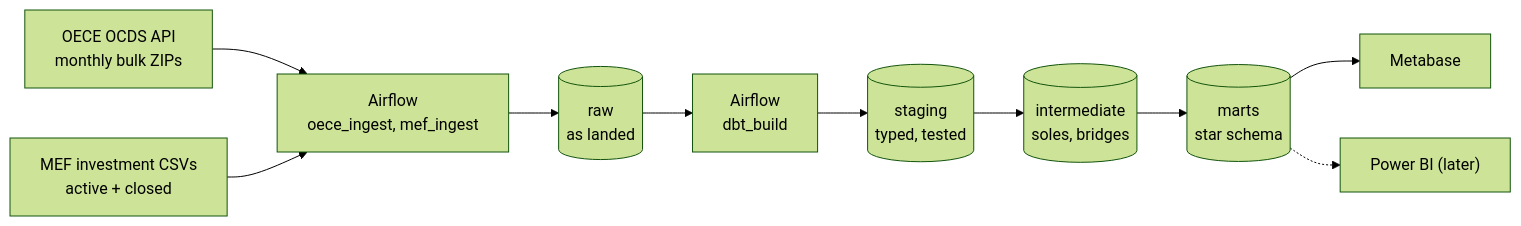
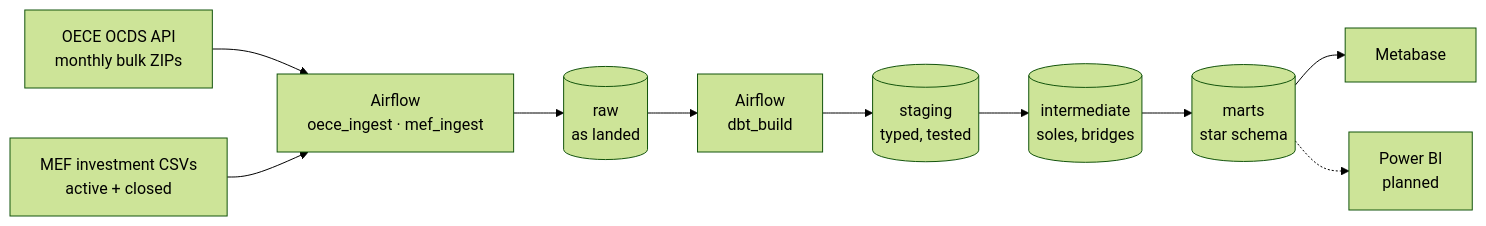
One commit to angelariasus/public-spend-pipeline changed the diagram in README.md. Above: the diagram before and after it, drawn with Mermaid (forest theme). The commit also changed other lines of this file and 1 other file, not shown here.

````diff
--- a/README.md
+++ b/README.md
@@ -24,10 +87,10 @@
 ```mermaid
 flowchart LR
-    oece["OECE OCDS API<br/>monthly bulk ZIPs"] --> airflow
-    mef["MEF investment CSVs<br/>active + closed"] --> airflow
-    airflow["Airflow<br/>oece_ingest, mef_ingest"] --> raw[("raw<br/>as landed")]
+    oece["OECE OCDS API<br/>monthly bulk ZIPs"] --> ingest
+    mef["MEF investment CSVs<br/>active + closed"] --> ingest
+    ingest["Airflow<br/>oece_ingest · mef_ingest"] --> raw[("raw<br/>as landed")]
     raw --> dbt["Airflow<br/>dbt_build"]
     dbt --> staging[("staging<br/>typed, tested")] --> intermediate[("intermediate<br/>soles, bridges")] --> marts[("marts<br/>star schema")]
     marts --> metabase["Metabase"]
-    marts -.-> powerbi["Power BI (later)"]
+    marts -.-> powerbi["Power BI<br/>planned"]
 ```
````
